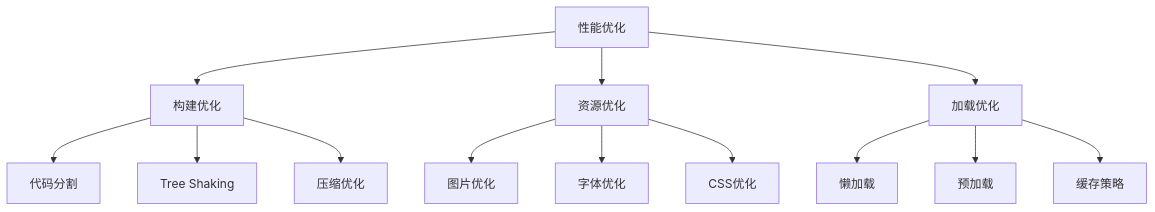
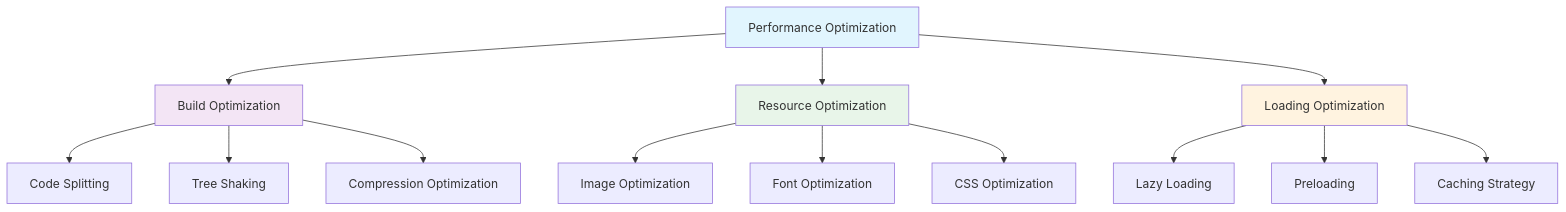
The ninth of 10 diagrams in versioned_docs/version-2024-winter/tutorials/docusaurus-tutorial.mdx (ChanMeng666/ai-programming-teaching-project), drawn with Mermaid before and after one commit. The commit also changed other lines of this file and 472 other files, not shown here.

````diff
--- a/versioned_docs/version-2024-winter/tutorials/docusaurus-tutorial.mdx
+++ b/versioned_docs/version-2024-winter/tutorials/docusaurus-tutorial.mdx
@@ -660,18 +700,23 @@
 ```mermaid
 graph TD
-    A[性能优化] --> B[构建优化]
-    A --> C[资源优化]
-    A --> D[加载优化]
-    
-    B --> B1[代码分割]
+    A[Performance Optimization] --> B[Build Optimization]
+    A --> C[Resource Optimization]
+    A --> D[Loading Optimization]
+
+    B --> B1[Code Splitting]
     B --> B2[Tree Shaking]
-    B --> B3[压缩优化]
-    
-    C --> C1[图片优化]
-    C --> C2[字体优化]
-    C --> C3[CSS优化]
-    
-    D --> D1[懒加载]
-    D --> D2[预加载]
-    D --> D3[缓存策略]
+    B --> B3[Compression Optimization]
+
+    C --> C1[Image Optimization]
+    C --> C2[Font Optimization]
+    C --> C3[CSS Optimization]
+
+    D --> D1[Lazy Loading]
+    D --> D2[Preloading]
+    D --> D3[Caching Strategy]
+
+    style A fill:#e1f5fe
+    style B fill:#f3e5f5
+    style C fill:#e8f5e9
+    style D fill:#fff3e0
 ```
````
